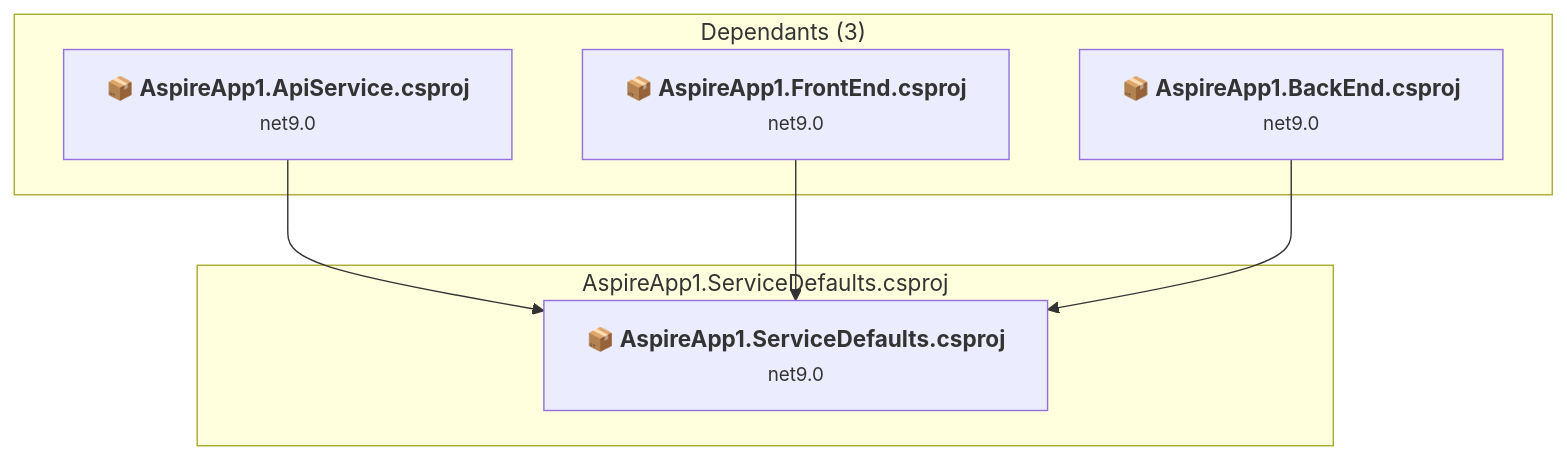
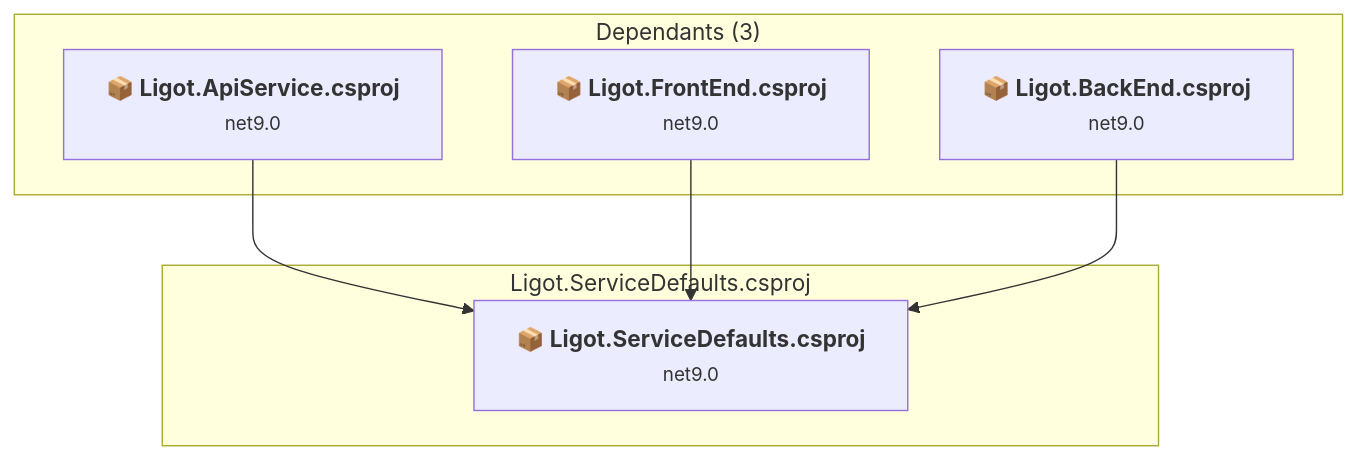
The fifth of 7 diagrams in .github/upgrades/assessment.md (TomizawaAtLogit/MyCRM), drawn with Mermaid before and after one commit. The commit also changed other lines of this file and 559 other files, not shown here.

Commit message:
Rename AspireApp1 → Ligot: projects, namespaces, solution, docs

````diff
--- a/.github/upgrades/assessment.md
+++ b/.github/upgrades/assessment.md
@@ -324,19 +324,19 @@
 ```mermaid
 flowchart TB
     subgraph upstream["Dependants (3)"]
-        P3["<b>📦&nbsp;AspireApp1.ApiService.csproj</b><br/><small>net9.0</small>"]
-        P4["<b>📦&nbsp;AspireApp1.FrontEnd.csproj</b><br/><small>net9.0</small>"]
-        P6["<b>📦&nbsp;AspireApp1.BackEnd.csproj</b><br/><small>net9.0</small>"]
-        click P3 "#aspireapp1apiserviceaspireapp1apiservicecsproj"
-        click P4 "#aspireapp1webaspireapp1frontendcsproj"
-        click P6 "#aspireapp1dbapiaspireapp1backendcsproj"
+        P3["<b>📦&nbsp;Ligot.ApiService.csproj</b><br/><small>net9.0</small>"]
+        P4["<b>📦&nbsp;Ligot.FrontEnd.csproj</b><br/><small>net9.0</small>"]
+        P6["<b>📦&nbsp;Ligot.BackEnd.csproj</b><br/><small>net9.0</small>"]
+        click P3 "#LigotapiserviceLigotapiservicecsproj"
+        click P4 "#LigotwebLigotfrontendcsproj"
+        click P6 "#LigotdbapiLigotbackendcsproj"
     end
-    subgraph current["AspireApp1.ServiceDefaults.csproj"]
-        MAIN["<b>📦&nbsp;AspireApp1.ServiceDefaults.csproj</b><br/><small>net9.0</small>"]
-        click MAIN "#aspireapp1servicedefaultsaspireapp1servicedefaultscsproj"
+    subgraph current["Ligot.ServiceDefaults.csproj"]
+        MAIN["<b>📦&nbsp;Ligot.ServiceDefaults.csproj</b><br/><small>net9.0</small>"]
+        click MAIN "#LigotservicedefaultsLigotservicedefaultscsproj"
     end
     P3 --> MAIN
     P4 --> MAIN
     P6 --> MAIN
 
 ```
````
